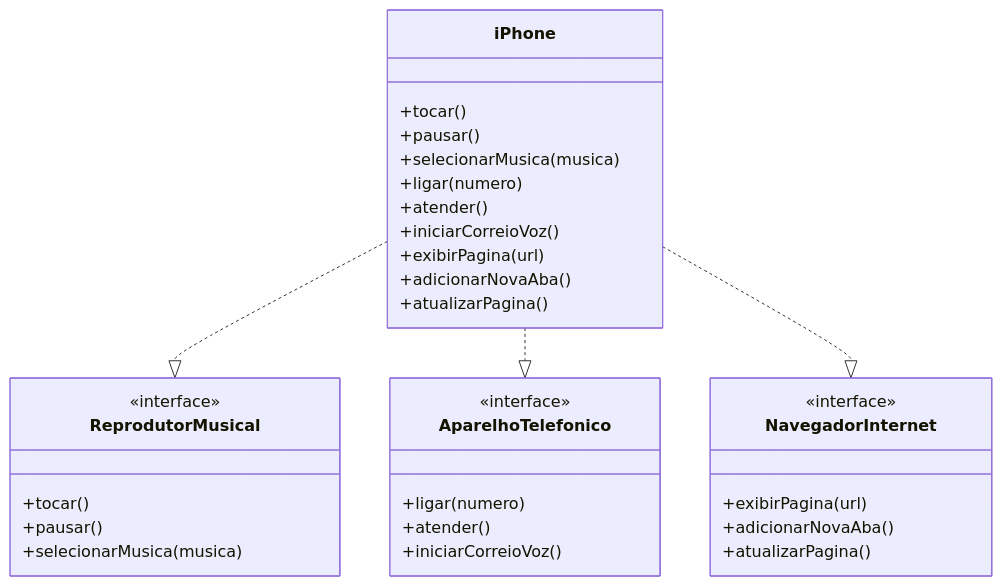
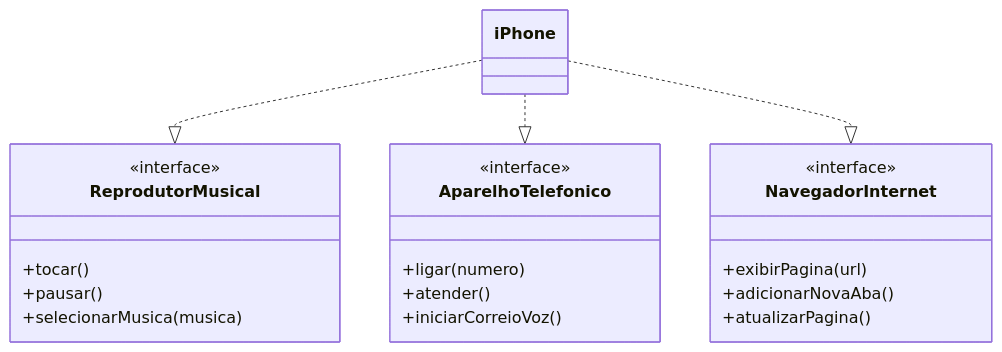
One commit to KaiqueLimaGomes/dio-trilha-java-basico changed the diagram in ModelagemDiagramaçãoIPhone/Resposta.md. Above: the diagram before and after it, drawn with Mermaid.

Commit message:
Corrigindo Resposta.md

````diff
--- a/ModelagemDiagramaçãoIPhone/Resposta.md
+++ b/ModelagemDiagramaçãoIPhone/Resposta.md
@@ -3,40 +3,31 @@
 ```mermaid
 classDiagram
     %% Interfaces
     class ReprodutorMusical {
       <<interface>>
       +tocar()
       +pausar()
       +selecionarMusica(musica)
     }
     class AparelhoTelefonico {
       <<interface>>
       +ligar(numero)
       +atender()
       +iniciarCorreioVoz()
     }
     class NavegadorInternet {
       <<interface>>
       +exibirPagina(url)
       +adicionarNovaAba()
       +atualizarPagina()
     }
 
     %% Main class
     class iPhone {
-      +tocar()
-      +pausar()
-      +selecionarMusica(musica)
-      +ligar(numero)
-      +atender()
-      +iniciarCorreioVoz()
-      +exibirPagina(url)
-      +adicionarNovaAba()
-      +atualizarPagina()
     }
 
     %% Relationships (realizations)
     iPhone ..|> ReprodutorMusical
     iPhone ..|> AparelhoTelefonico
     iPhone ..|> NavegadorInternet
 ```
````
